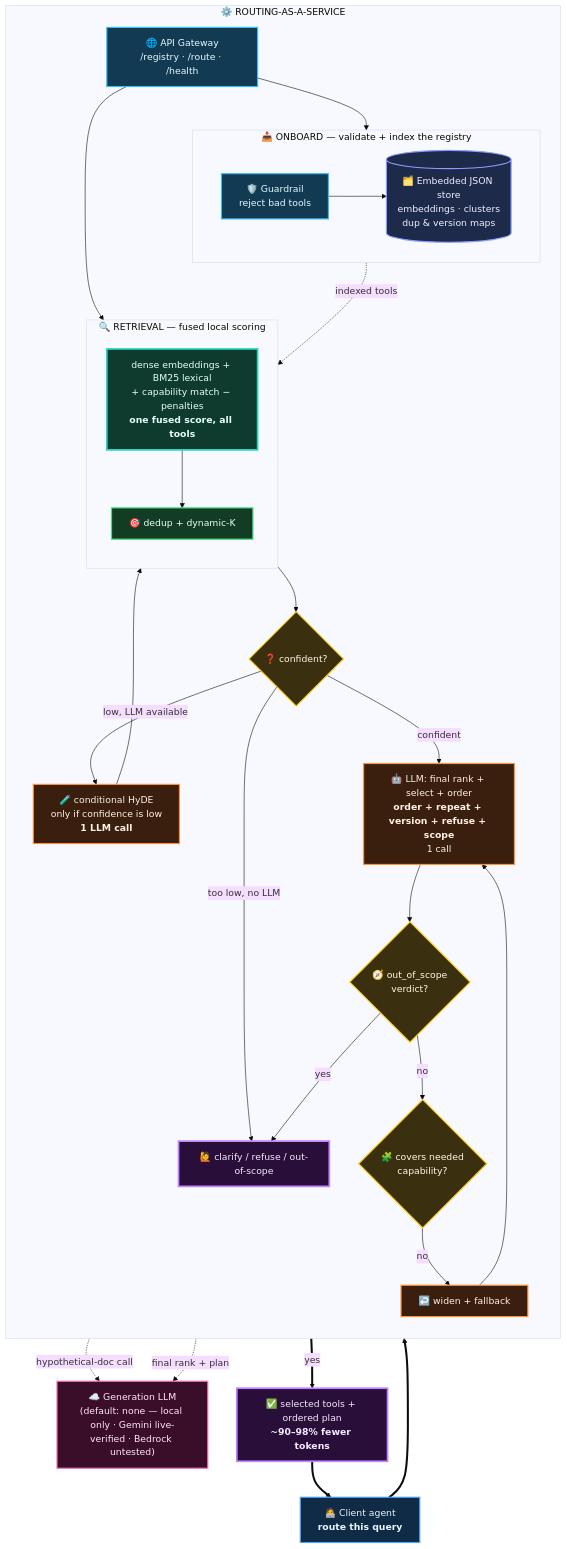
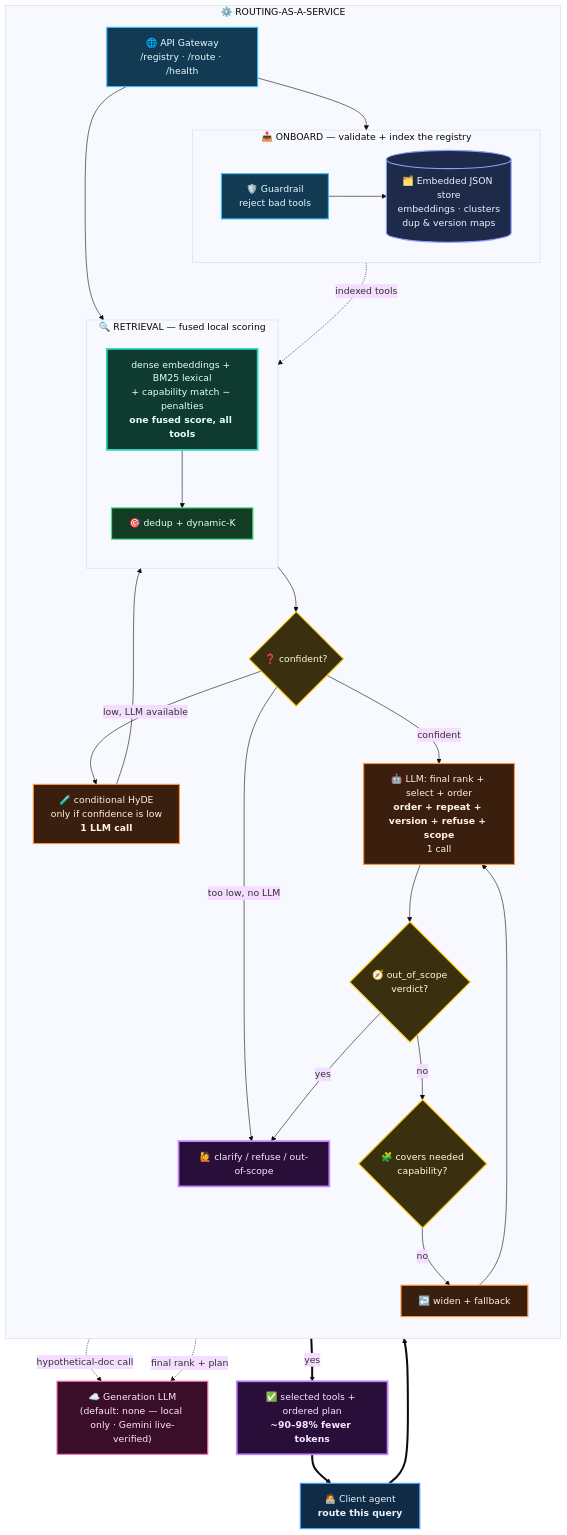
One commit to akshraj-05/tool-router changed the diagram in docs/design/diagrams.md. Above: the diagram before and after it, drawn with Mermaid (base theme). The commit also changed other lines of this file and 31 other files, not shown here.

````diff
--- a/docs/design/diagrams.md
+++ b/docs/design/diagrams.md
@@ -5,62 +5,62 @@
 ```mermaid
 flowchart TB
 
   classDef client fill:#0f2b46,stroke:#4aa3ff,stroke-width:2px,color:#eaf4ff;
   classDef gate fill:#123a52,stroke:#38bdf8,stroke-width:2px,color:#e6faff;
   classDef store fill:#1e2a4a,stroke:#8b9dff,stroke-width:2px,color:#eef1ff;
   classDef free fill:#123d24,stroke:#4ade80,stroke-width:2px,color:#eafff0;
   classDef rag fill:#0e3b2e,stroke:#2dd4bf,stroke-width:3px,color:#e7fffb;
   classDef dec fill:#3a2f0e,stroke:#facc15,stroke-width:2px,color:#fffbe6;
   classDef llm fill:#3a1e0e,stroke:#fb923c,stroke-width:2px,color:#fff2e6;
   classDef ext fill:#3a0e28,stroke:#f472b6,stroke-width:2px,color:#ffe9f5;
   classDef out fill:#2a0e3a,stroke:#c084fc,stroke-width:3px,color:#f6e9ff;
 
   Q["🧑‍💻 Client agent<br/><b>route this query</b>"]:::client
 
   subgraph SVC["⚙️  ROUTING-AS-A-SERVICE"]
     direction TB
     GW["🌐 API Gateway<br/>/registry · /route · /health"]:::gate
 
     subgraph ONB["📥 ONBOARD — validate + index the registry"]
       direction LR
       GRD["🛡️ Guardrail<br/>reject bad tools"]:::gate
       IDX[("🗂️ Embedded JSON store<br/>embeddings · clusters<br/>dup & version maps")]:::store
       GRD --> IDX
     end
 
     subgraph RET["🔍 RETRIEVAL — fused local scoring"]
       direction TB
       R["dense embeddings + BM25 lexical<br/>+ capability match − penalties<br/><b>one fused score, all tools</b>"]:::rag
       D["🎯 dedup + dynamic-K"]:::free
       R --> D
     end
 
     GATE{"❓ confident?"}:::dec
     HYDE["🧪 conditional HyDE<br/>only if confidence is low<br/><b>1 LLM call</b>"]:::llm
     PLAN["🤖 LLM: final rank + select + order<br/><b>order + repeat + version + refuse + scope</b><br/>1 call"]:::llm
     SCOPE{"🧭 out_of_scope<br/>verdict?"}:::dec
     CAP{"🧩 covers needed<br/>capability?"}:::dec
     WID["↩️ widen + fallback"]:::llm
     CLR["🙋 clarify / refuse / out-of-scope"]:::out
 
     GW --> GRD
     GW --> R
     IDX -.->|"indexed tools"| R
     D --> GATE
     GATE -->|"low, LLM available"| HYDE --> D
     GATE -->|"too low, no LLM"| CLR
     GATE -->|"confident"| PLAN --> SCOPE
     SCOPE -->|"yes"| CLR
     SCOPE -->|"no"| CAP
     CAP -->|"no"| WID --> PLAN
   end
 
-  BR["☁️ Generation LLM<br/>(default: none — local only · Gemini live-verified · Bedrock untested)"]:::ext
+  BR["☁️ Generation LLM<br/>(default: none — local only · Gemini live-verified)"]:::ext
   OUT["✅ selected tools + ordered plan<br/><b>~90–98% fewer tokens</b>"]:::out
 
   Q ==> GW
   HYDE -.->|"hypothetical-doc call"| BR
   PLAN -.->|"final rank + plan"| BR
   CAP ==>|"yes"| OUT
   OUT ==> Q
 ```
````
